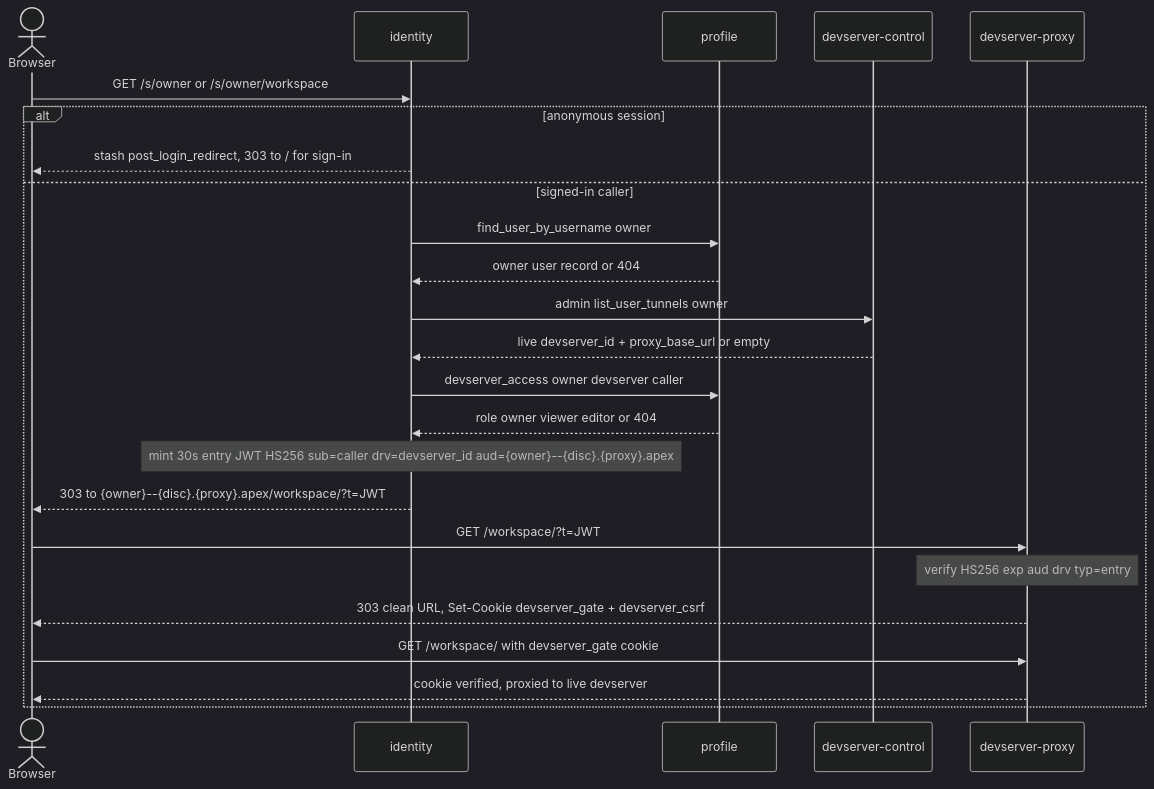
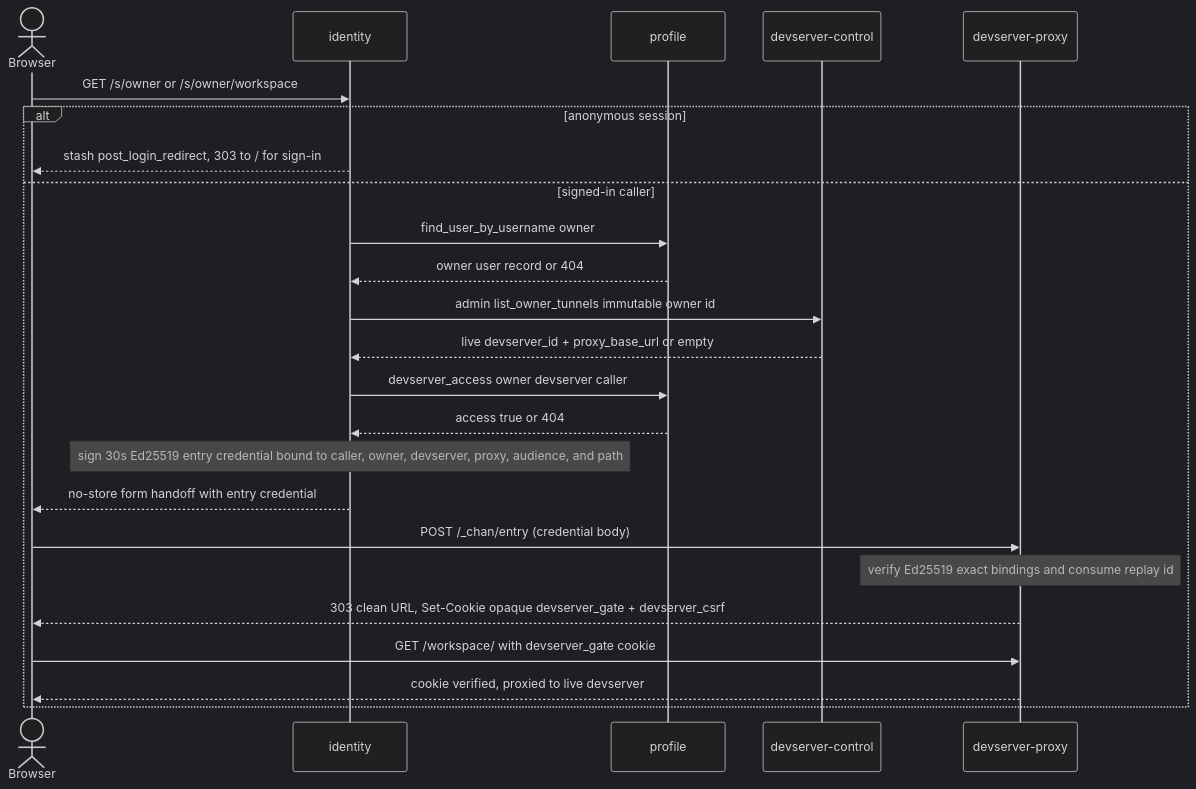
Before and after one commit to likewhatevs/chan: the second of 2 diagrams in gateway/crates/identity/design.md, drawn with Mermaid (dark theme). The commit also changed other lines of this file and 167 other files, not shown here.

First line of the commit message:
harden distributed proxy control plane

````diff
--- a/gateway/crates/identity/design.md
+++ b/gateway/crates/identity/design.md
@@ -117,27 +117,27 @@
 ```mermaid
 sequenceDiagram
     actor Browser
     participant ID as identity
     participant Profile as profile
     participant Control as devserver-control
     participant Proxy as devserver-proxy
 
     Browser->>ID: GET /s/owner or /s/owner/workspace
     alt anonymous session
         ID-->>Browser: stash post_login_redirect, 303 to / for sign-in
     else signed-in caller
         ID->>Profile: find_user_by_username owner
         Profile-->>ID: owner user record or 404
-        ID->>Control: admin list_user_tunnels owner
+        ID->>Control: admin list_owner_tunnels immutable owner id
         Control-->>ID: live devserver_id + proxy_base_url or empty
         ID->>Profile: devserver_access owner devserver caller
-        Profile-->>ID: role owner viewer editor or 404
-        Note over ID: mint 30s entry JWT HS256 sub=caller drv=devserver_id aud={owner}--{disc}.{proxy}.apex
-        ID-->>Browser: 303 to {owner}--{disc}.{proxy}.apex/workspace/?t=JWT
-        Browser->>Proxy: GET /workspace/?t=JWT
-        Note over Proxy: verify HS256 exp aud drv typ=entry
-        Proxy-->>Browser: 303 clean URL, Set-Cookie devserver_gate + devserver_csrf
+        Profile-->>ID: access true or 404
+        Note over ID: sign 30s Ed25519 entry credential bound to caller, owner, devserver, proxy, audience, and path
+        ID-->>Browser: no-store form handoff with entry credential
+        Browser->>Proxy: POST /_chan/entry (credential body)
+        Note over Proxy: verify Ed25519 exact bindings and consume replay id
+        Proxy-->>Browser: 303 clean URL, Set-Cookie opaque devserver_gate + devserver_csrf
         Browser->>Proxy: GET /workspace/ with devserver_gate cookie
         Proxy-->>Browser: cookie verified, proxied to live devserver
     end
 ```
````
